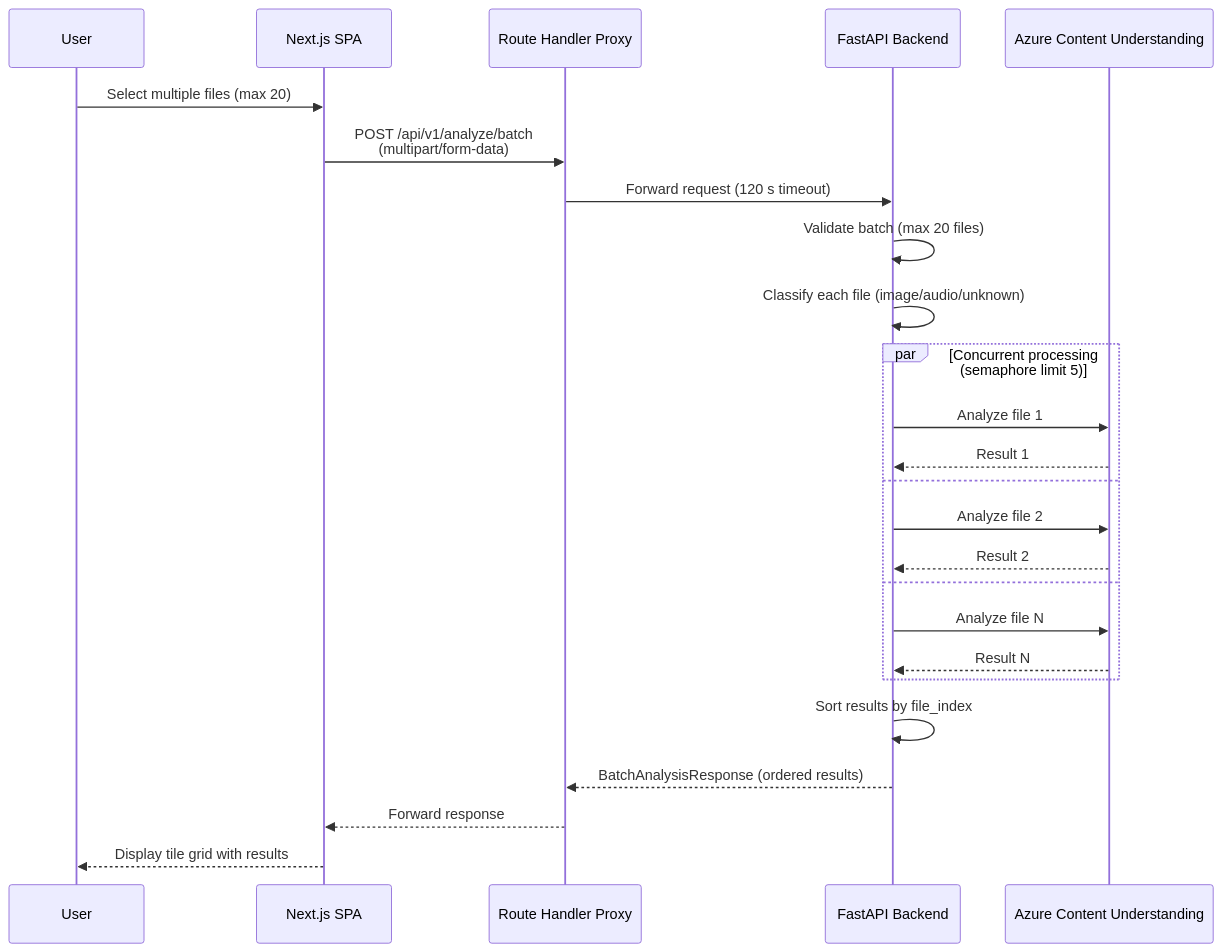
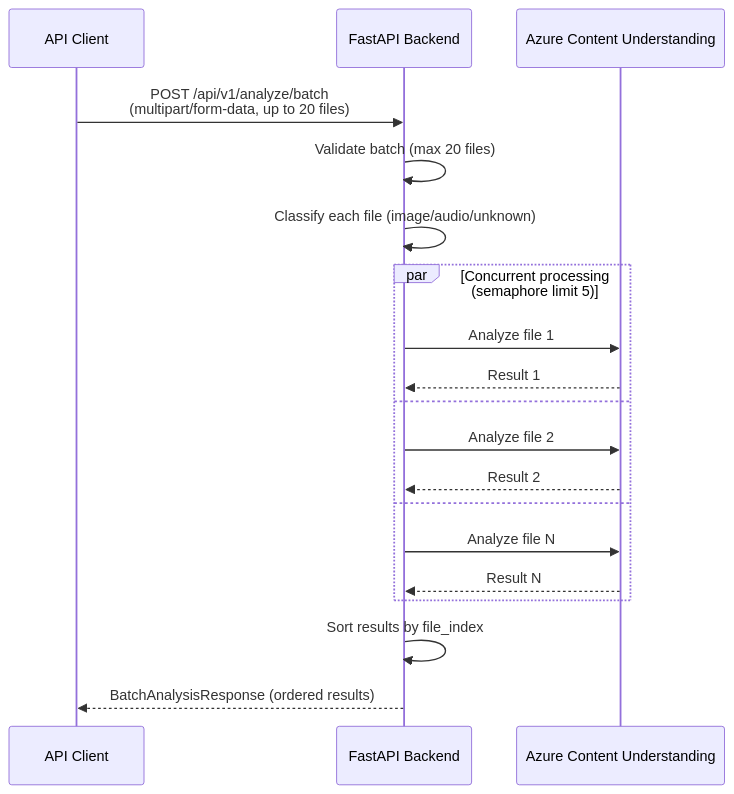
Before and after one commit to makautzn/metadata-generator: the fifth of 6 diagrams in docs/architecture/data-flow.md, drawn with Mermaid. The commit also changed other lines of this file and 22 other files, not shown here.

````diff
--- a/docs/architecture/data-flow.md
+++ b/docs/architecture/data-flow.md
@@ -71,30 +160,24 @@
 ```mermaid
 sequenceDiagram
-    participant User
-    participant Browser as Next.js SPA
-    participant Proxy as Route Handler Proxy
+    participant Client as API Client
     participant API as FastAPI Backend
     participant CU as Azure Content Understanding
 
-    User->>Browser: Select multiple files (max 20)
-    Browser->>Proxy: POST /api/v1/analyze/batch<br/>(multipart/form-data)
-    Proxy->>API: Forward request (120 s timeout)
+    Client->>API: POST /api/v1/analyze/batch<br/>(multipart/form-data, up to 20 files)
     API->>API: Validate batch (max 20 files)
     API->>API: Classify each file (image/audio/unknown)
 
     par Concurrent processing (semaphore limit 5)
         API->>CU: Analyze file 1
         CU-->>API: Result 1
     and
         API->>CU: Analyze file 2
         CU-->>API: Result 2
     and
         API->>CU: Analyze file N
         CU-->>API: Result N
     end
 
     API->>API: Sort results by file_index
-    API-->>Proxy: BatchAnalysisResponse (ordered results)
-    Proxy-->>Browser: Forward response
-    Browser-->>User: Display tile grid with results
+    API-->>Client: BatchAnalysisResponse (ordered results)
 ```
````
